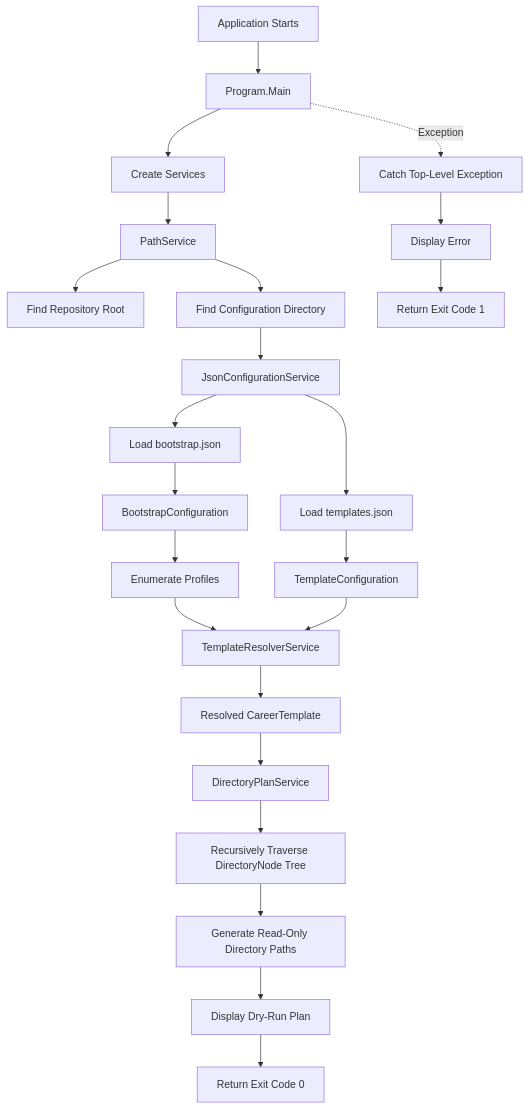
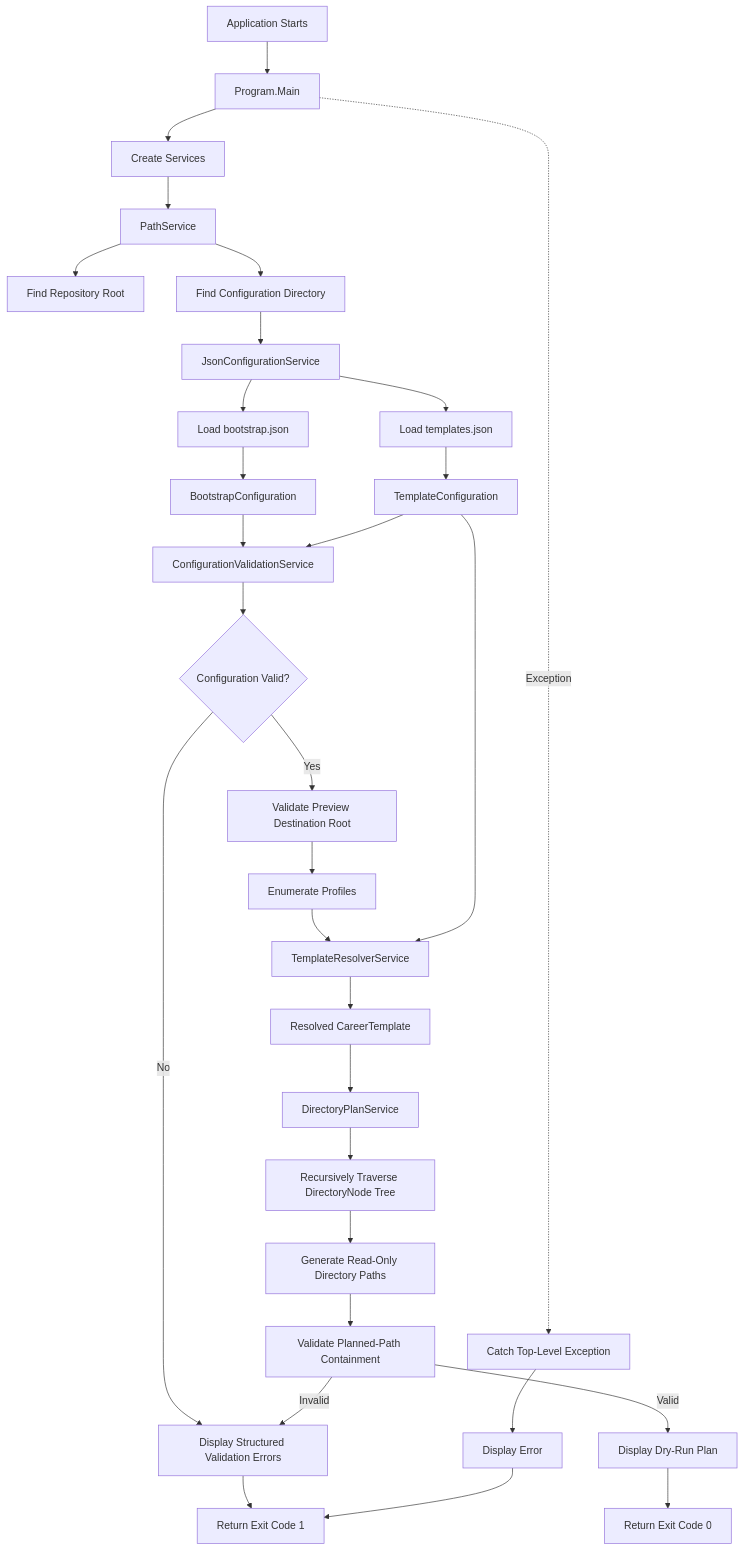
Before and after one commit to ChrisLThompson/CareerOS.Bootstrap: the diagram in Documentation/Architecture/CURRENT_STATE.md, drawn with Mermaid. The commit also changed other lines of this file and 15 other files, not shown here.

````diff
--- a/Documentation/Architecture/CURRENT_STATE.md
+++ b/Documentation/Architecture/CURRENT_STATE.md
@@ -50,34 +54,45 @@
 ```mermaid
 flowchart TD
     A[Application Starts] --> B[Program.Main]
     B --> C[Create Services]
 
     C --> D[PathService]
     D --> E[Find Repository Root]
     D --> F[Find Configuration Directory]
 
     F --> G[JsonConfigurationService]
     G --> H[Load bootstrap.json]
     G --> I[Load templates.json]
 
     H --> J[BootstrapConfiguration]
     I --> K[TemplateConfiguration]
 
-    J --> L[Enumerate Profiles]
-    L --> M[TemplateResolverService]
+    J --> L[ConfigurationValidationService]
+    K --> L
+    L --> M{Configuration Valid?}
 
-    K --> M
-    M --> N[Resolved CareerTemplate]
+    M -->|No| N[Display Structured Validation Errors]
+    N --> Z[Return Exit Code 1]
 
-    N --> O[DirectoryPlanService]
-    O --> P[Recursively Traverse DirectoryNode Tree]
+    M -->|Yes| O[Validate Preview Destination Root]
+    O --> P[Enumerate Profiles]
 
-    P --> Q[Generate Read-Only Directory Paths]
-    Q --> R[Display Dry-Run Plan]
+    P --> Q[TemplateResolverService]
+    K --> Q
+    Q --> R[Resolved CareerTemplate]
 
-    R --> S[Return Exit Code 0]
+    R --> S[DirectoryPlanService]
+    S --> T[Recursively Traverse DirectoryNode Tree]
 
-    B -. Exception .-> T[Catch Top-Level Exception]
-    T --> U[Display Error]
-    U --> V[Return Exit Code 1]
+    T --> U[Generate Read-Only Directory Paths]
+    U --> V[Validate Planned-Path Containment]
+
+    V -->|Invalid| N
+    V -->|Valid| W[Display Dry-Run Plan]
+
+    W --> X[Return Exit Code 0]
+
+    B -. Exception .-> Y[Catch Top-Level Exception]
+    Y --> AA[Display Error]
+    AA --> Z
 ```
````
